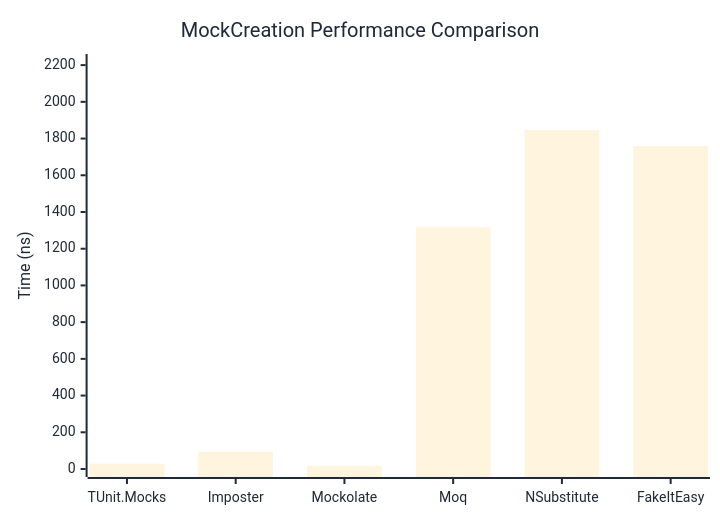
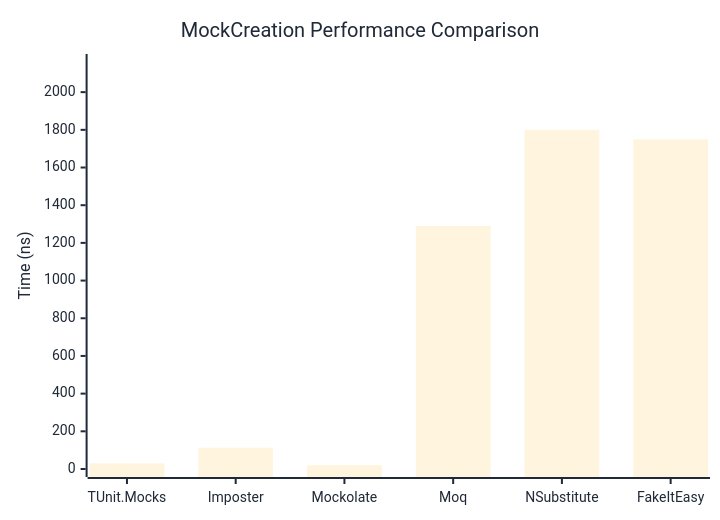
One commit to thomhurst/TUnit changed the first of 2 diagrams in docs/docs/benchmarks/mocks/MockCreation.md. Above: the diagram before and after it, drawn with Mermaid. The commit also changed other lines of this file and 14 other files, not shown here.

````diff
--- a/docs/docs/benchmarks/mocks/MockCreation.md
+++ b/docs/docs/benchmarks/mocks/MockCreation.md
@@ -30,27 +30,27 @@
 ```mermaid
 %%{init: {
   'theme':'base',
   'themeVariables': {
     'primaryColor': '#2563eb',
     'primaryTextColor': '#1f2937',
     'primaryBorderColor': '#1e40af',
     'lineColor': '#6b7280',
     'secondaryColor': '#7c3aed',
     'tertiaryColor': '#dc2626',
     'background': '#ffffff',
     'pie1': '#2563eb',
     'pie2': '#7c3aed',
     'pie3': '#dc2626',
     'pie4': '#f59e0b',
     'pie5': '#10b981',
     'pie6': '#06b6d4',
     'pie7': '#ec4899',
     'pie8': '#6366f1'
   }
 }}%%
 xychart-beta
   title "MockCreation Performance Comparison"
   x-axis ["TUnit.Mocks", "Imposter", "Mockolate", "Moq", "NSubstitute", "FakeItEasy"]
-  y-axis "Time (ns)" 0 --> 2217
-  bar [28.68, 94.01, 17.61, 1316.55, 1846.92, 1759.18]
+  y-axis "Time (ns)" 0 --> 2160
+  bar [29.95, 113.37, 20.25, 1289.44, 1799.99, 1749.31]
 ```
````
